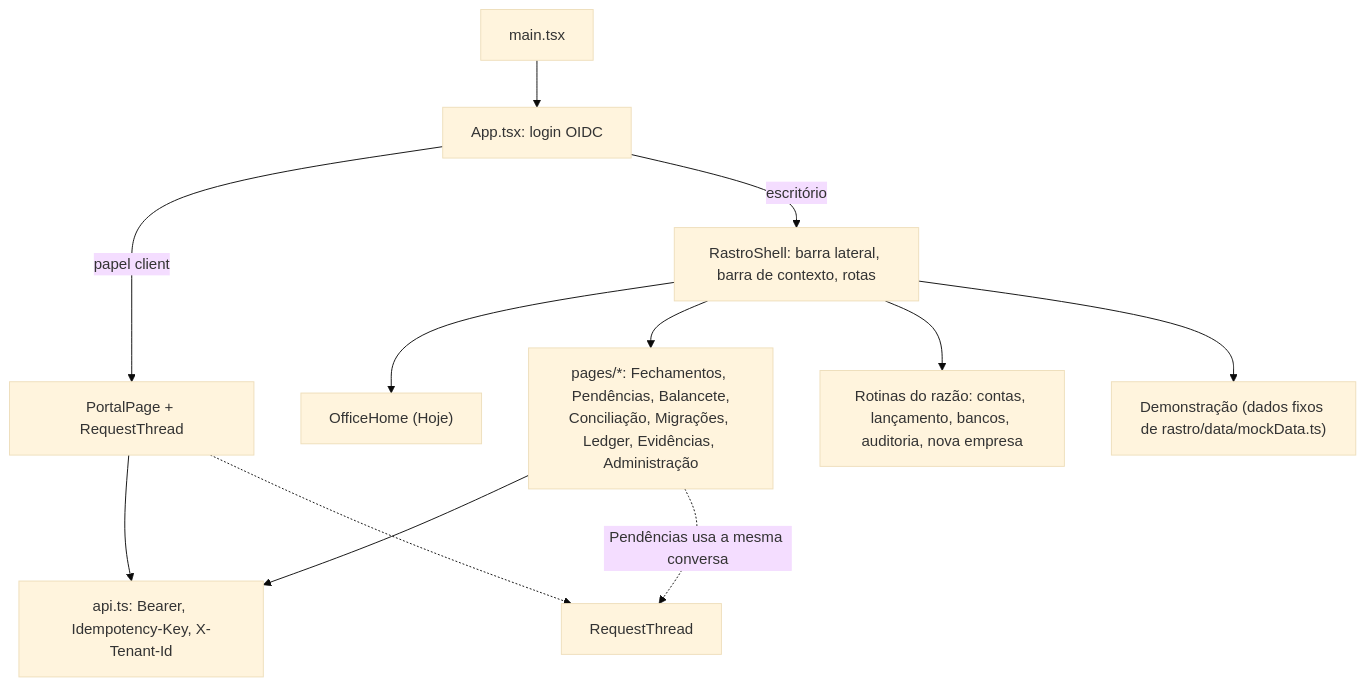
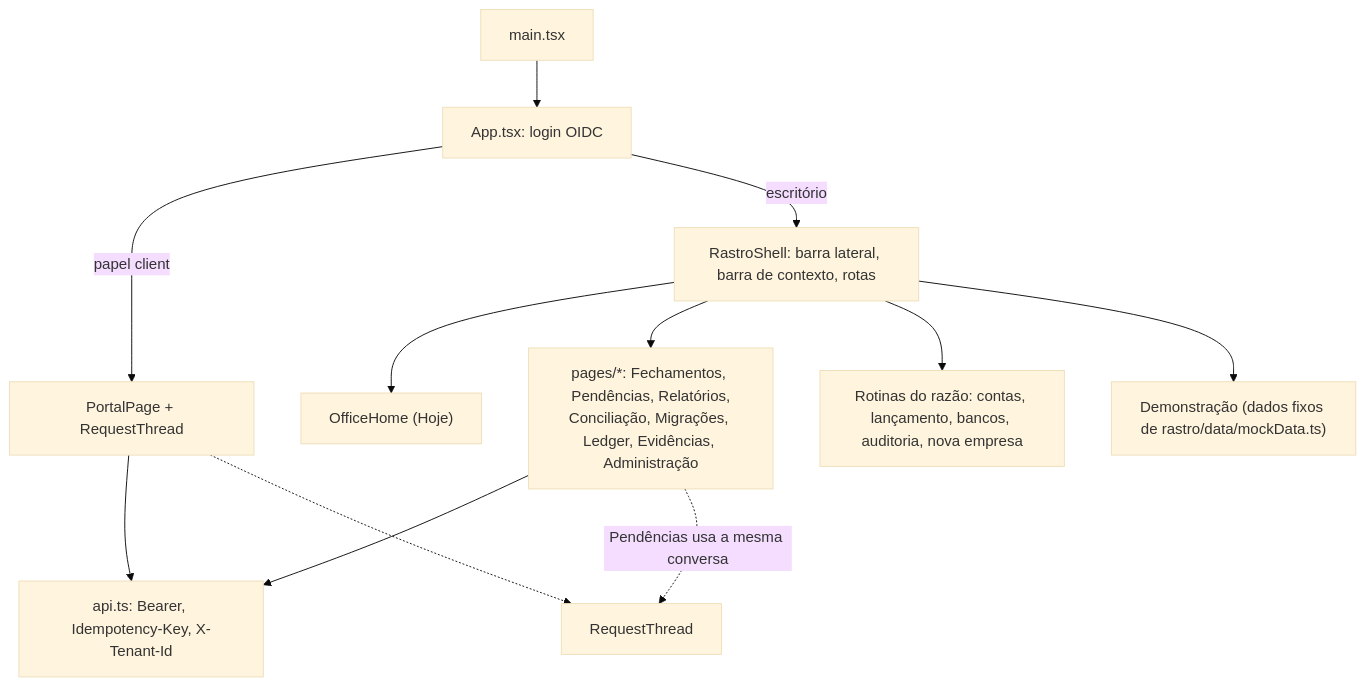
Before and after one commit to diegothuran/contabilidade_brasil: the sixth of 6 diagrams in docs/mapa-do-codigo.md, drawn with Mermaid (base theme). The commit also changed other lines of this file and 19 other files, not shown here.

````diff
--- a/docs/mapa-do-codigo.md
+++ b/docs/mapa-do-codigo.md
@@ -172,14 +172,14 @@
 ```mermaid
 flowchart TB
     main["main.tsx"] --> app["App.tsx: login OIDC"]
     app -->|"papel client"| portal["PortalPage + RequestThread"]
     app -->|"escritório"| shell["RastroShell: barra lateral, barra de contexto, rotas"]
     shell --> home["OfficeHome (Hoje)"]
-    shell --> pages["pages/*: Fechamentos, Pendências, Balancete,<br/>Conciliação, Migrações, Ledger, Evidências, Administração"]
+    shell --> pages["pages/*: Fechamentos, Pendências, Relatórios,<br/>Conciliação, Migrações, Ledger, Evidências, Administração"]
     shell --> rotinas["Rotinas do razão: contas, lançamento, bancos, auditoria, nova empresa"]
     shell --> demo["Demonstração (dados fixos de rastro/data/mockData.ts)"]
     pages --> apits["api.ts: Bearer, Idempotency-Key, X-Tenant-Id"]
     portal --> apits
     pages -.->|"Pendências usa a mesma conversa"| thread["RequestThread"]
     portal -.-> thread
 ```
````
